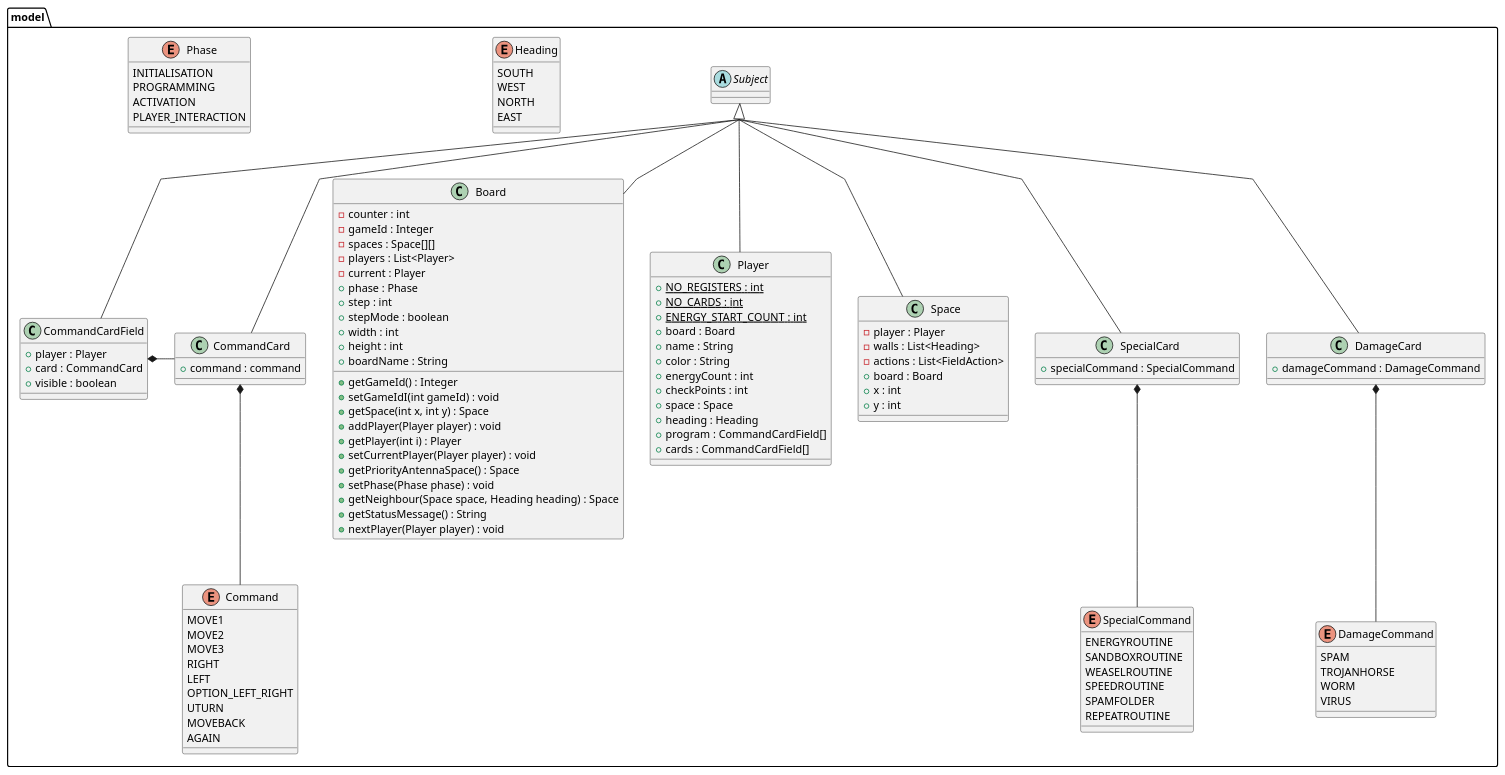
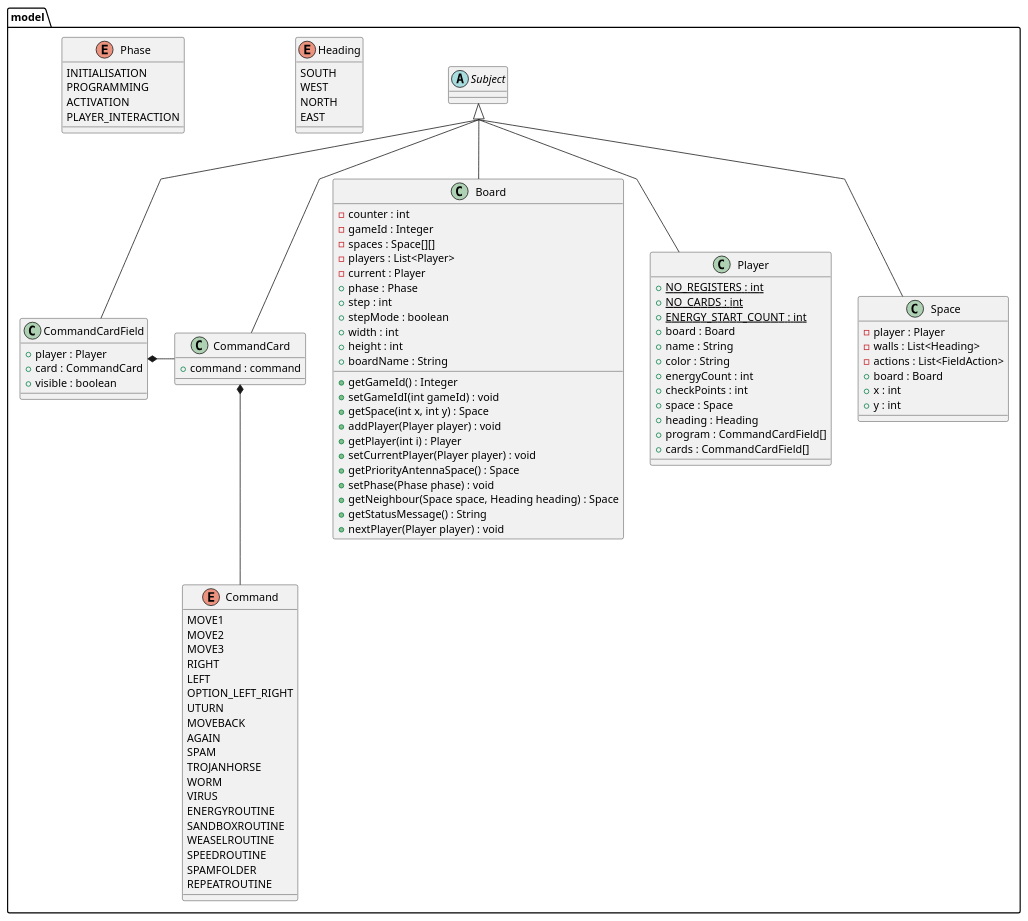
One commit to MikaelFangel/RoboRally changed the diagram in diagrams/DesignClassDiagramPackageModel.puml. Above: the diagram before and after it, drawn with PlantUML. The commit also changed 2 other files, not shown here.

Commit message:
Updated some class design diagrams.

```diff
--- a/diagrams/DesignClassDiagramPackageModel.puml
+++ b/diagrams/DesignClassDiagramPackageModel.puml
@@ -1,114 +1,104 @@
 @startuml
 skinparam groupInheritance 2
 skinparam linetype polyline
 Package model{
  class Board extends Subject{
    -counter : int
    -gameId : Integer
    -spaces : Space[][]
    -players : List<Player>
    -current : Player
    +phase : Phase
    +step : int
    +stepMode : boolean
    +width : int
    +height : int
    +boardName : String
 
    +getGameId() : Integer
    +setGameIdI(int gameId) : void
    +getSpace(int x, int y) : Space
    +addPlayer(Player player) : void
    +getPlayer(int i) : Player
    +setCurrentPlayer(Player player) : void
    +getPriorityAntennaSpace() : Space
    +setPhase(Phase phase) : void
    +getNeighbour(Space space, Heading heading) : Space
    +getStatusMessage() : String
    +nextPlayer(Player player) : void
  }
  class CommandCard extends Subject{
    +command : command
  }
  class CommandCardField extends Subject{
    +player : Player
    +card : CommandCard
    +visible : boolean
  }
  class Player extends Subject{
    {Static} +NO_REGISTERS : int
    {Static} +NO_CARDS : int
    {Static} +ENERGY_START_COUNT : int
    +board : Board
    +name : String
    +color : String
    +energyCount : int
    +checkPoints : int
    +space : Space
    +heading : Heading
    +program : CommandCardField[]
    +cards : CommandCardField[]
  }
  class Space extends Subject{
    -player : Player
    -walls : List<Heading>
    -actions : List<FieldAction>
    +board : Board
    +x : int
    +y : int
 
  }
- class SpecialCard extends Subject{
-   +specialCommand : SpecialCommand
- }
- class DamageCard extends Subject{
-    +damageCommand : DamageCommand
- }
  abstract class Subject{
  }
 
  enum Command{
    MOVE1
    MOVE2
    MOVE3
    RIGHT
    LEFT
    OPTION_LEFT_RIGHT
    UTURN
    MOVEBACK
    AGAIN
- }
- enum DamageCommand{
    SPAM
    TROJANHORSE
    WORM
    VIRUS
+   ENERGYROUTINE
+   SANDBOXROUTINE
+   WEASELROUTINE
+   SPEEDROUTINE
+   SPAMFOLDER
+   REPEATROUTINE
+
  }
  enum Heading{
   SOUTH
   WEST
   NORTH
   EAST
  }
  enum Phase{
    INITIALISATION
    PROGRAMMING
    ACTIVATION
    PLAYER_INTERACTION
  }
- enum SpecialCommand{
-    ENERGYROUTINE
-    SANDBOXROUTINE
-    WEASELROUTINE
-    SPEEDROUTINE
-    SPAMFOLDER
-    REPEATROUTINE
- }
-DamageCard *-- DamageCommand
-SpecialCard *-- SpecialCommand
+
 CommandCard *-- Command
 CommandCardField *- CommandCard
 
 }
 
 @enduml
```
